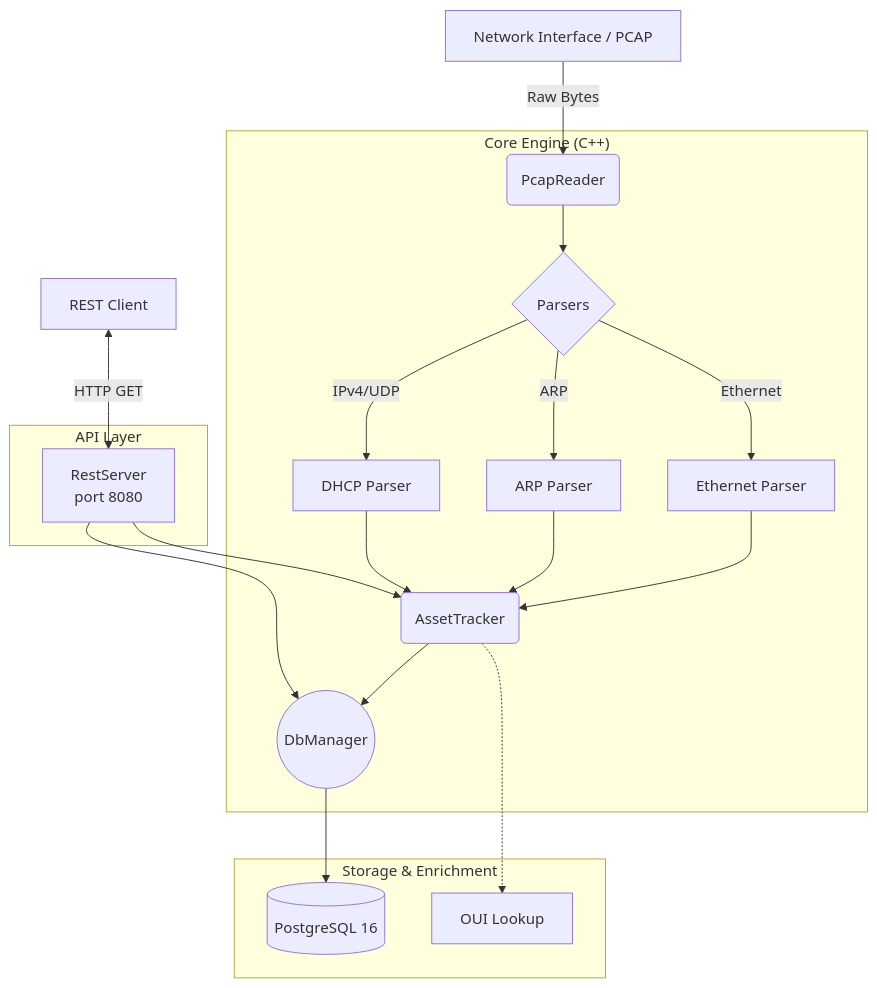
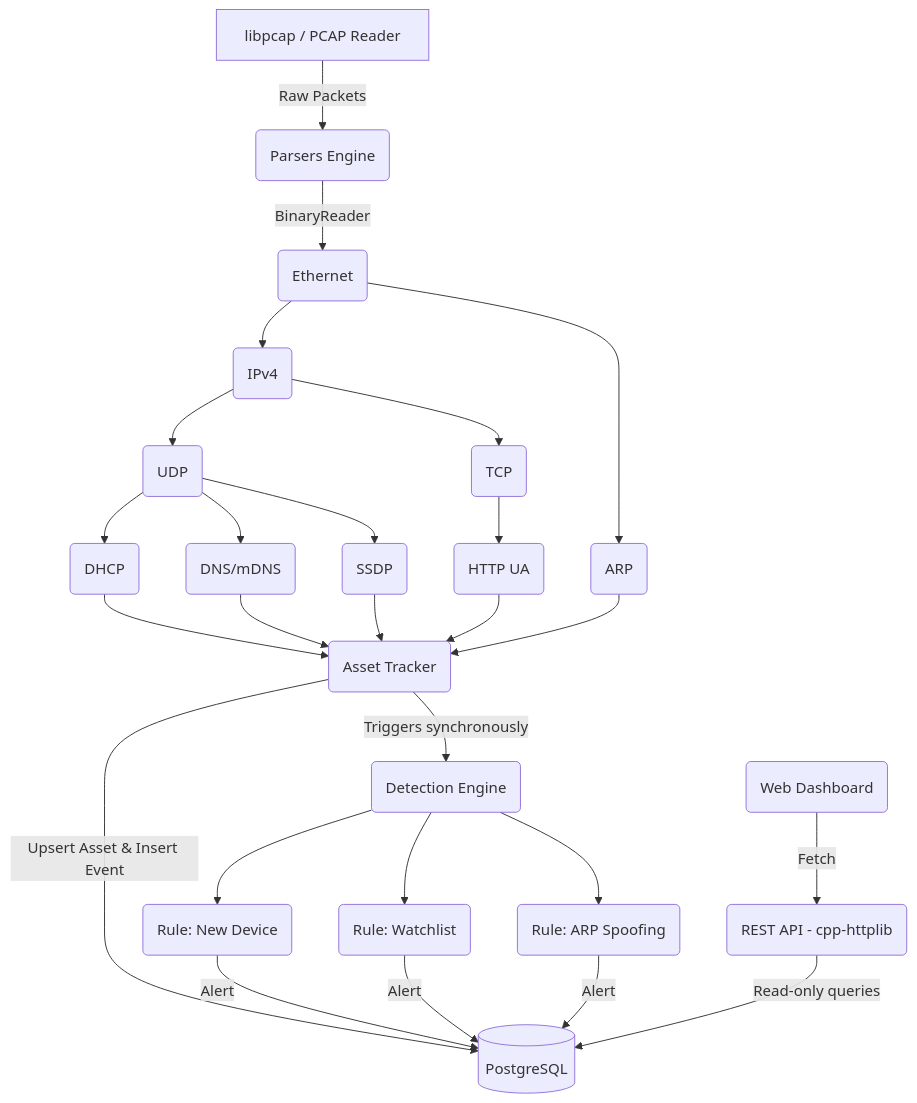
One commit to dinlurceis/passive-network-monitor changed the diagram in docs/design.md. Above: the diagram before and after it, drawn with Mermaid. The commit also changed other lines of this file and 34 other files, not shown here.

````diff
--- a/docs/design.md
+++ b/docs/design.md
@@ -8,29 +11,34 @@
 ```mermaid
 graph TD
-    A[Network Interface / PCAP] -->|Raw Bytes| B(PcapReader)
+    A[libpcap / PCAP Reader] -->|Raw Packets| B(Parsers Engine)
+    B -->|BinaryReader| C1(Ethernet)
+    C1 --> C2(ARP)
+    C1 --> C3(IPv4)
+    C3 --> C4(UDP)
+    C3 --> C5(TCP)
     
-    subgraph "Core Engine (C++)"
-        B --> C{Parsers}
-        C -->|Ethernet| D[Ethernet Parser]
-        C -->|ARP| E[ARP Parser]
-        C -->|IPv4/UDP| F[DHCP Parser]
-        
-        D --> G(AssetTracker)
-        E --> G
-        F --> G
-        
-        G --> H((DbManager))
-    end
+    C4 --> P1(DHCP)
+    C4 --> P2(DNS/mDNS)
+    C4 --> P3(SSDP)
+    C5 --> P4(HTTP UA)
+
+    P1 --> T(Asset Tracker)
+    P2 --> T
+    P3 --> T
+    P4 --> T
+    C2 --> T
     
-    subgraph "Storage & Enrichment"
-        H --> I[(PostgreSQL 16)]
-        G -.-> J[OUI Lookup]
-    end
+    T -->|Upsert Asset & Insert Event| DB[(PostgreSQL)]
+    T -->|Triggers synchronously| D(Detection Engine)
     
-    subgraph "API Layer"
-        K[RestServer<br/>port 8080] --> H
-        K --> G
-    end
+    D --> R1(Rule: New Device)
+    D --> R2(Rule: Watchlist)
+    D --> R3(Rule: ARP Spoofing)
     
-    L[REST Client] <-->|HTTP GET| K
+    R1 -->|Alert| DB
+    R2 -->|Alert| DB
+    R3 -->|Alert| DB
+    
+    API(REST API - cpp-httplib) -->|Read-only queries| DB
+    Web(Web Dashboard) -->|Fetch| API
 ```
````
